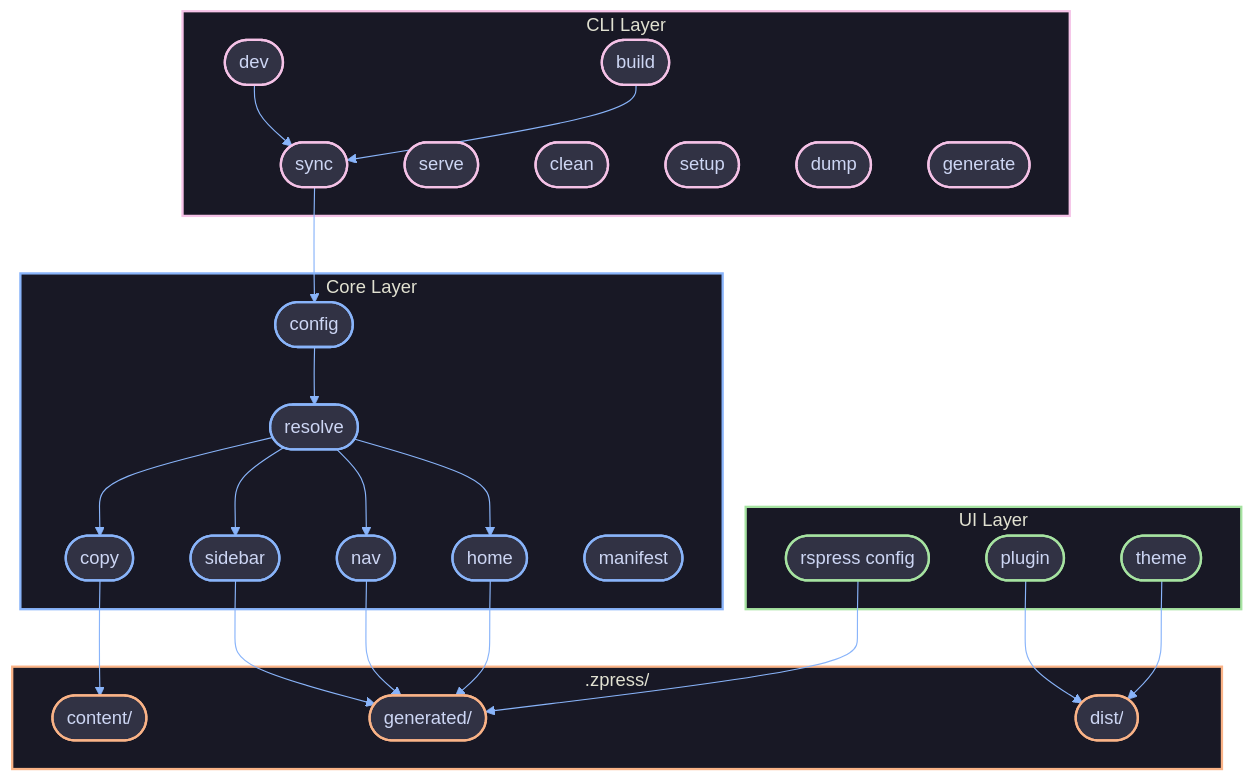
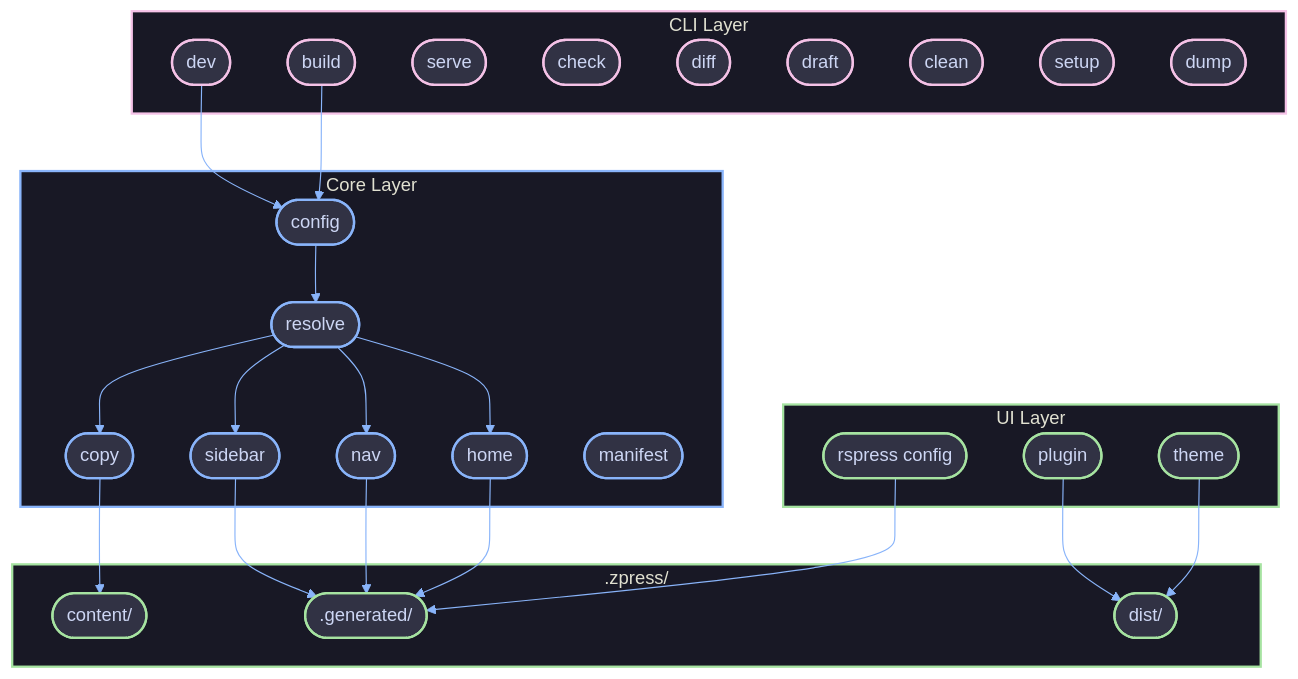
Before and after one commit to joggrdocs/zpress: the first of 2 diagrams in contributing/concepts/architecture.md, drawn with Mermaid. The commit also changed other lines of this file and 50 other files, not shown here.

````diff
--- a/contributing/concepts/architecture.md
+++ b/contributing/concepts/architecture.md
@@ -41,72 +47,72 @@
 ```mermaid
 %%{init: {
   'theme': 'base',
   'themeVariables': {
     'primaryColor': '#313244',
     'primaryTextColor': '#cdd6f4',
     'primaryBorderColor': '#6c7086',
     'lineColor': '#89b4fa',
     'secondaryColor': '#45475a',
     'tertiaryColor': '#1e1e2e',
     'background': '#1e1e2e',
     'mainBkg': '#313244',
     'clusterBkg': '#1e1e2e',
     'clusterBorder': '#45475a'
   },
   'flowchart': { 'curve': 'basis', 'padding': 15 }
 }}%%
 flowchart TB
     subgraph cli ["CLI Layer"]
-        SYNC(["sync"])
         DEV(["dev"])
         BUILD(["build"])
         SERVE(["serve"])
+        CHECK(["check"])
+        DIFF(["diff"])
+        DRAFT(["draft"])
         CLEAN(["clean"])
         SETUP(["setup"])
         DUMP(["dump"])
-        GENERATE(["generate"])
     end
 
     subgraph core ["Core Layer"]
         CONFIG(["config"])
         RESOLVE(["resolve"])
         COPY(["copy"])
         SIDEBAR(["sidebar"])
         NAV(["nav"])
         HOME(["home"])
         MANIFEST(["manifest"])
     end
 
     subgraph ui ["UI Layer"]
         PLUGIN(["plugin"])
         THEME(["theme"])
         RSPRESS_CFG(["rspress config"])
     end
 
     subgraph output [".zpress/"]
         CONTENT(["content/"])
-        GENERATED(["generated/"])
+        GENERATED([".generated/"])
         DIST(["dist/"])
     end
 
-    DEV & BUILD --> SYNC
-    SYNC --> CONFIG --> RESOLVE --> COPY --> CONTENT
+    DEV & BUILD --> CONFIG
+    CONFIG --> RESOLVE --> COPY --> CONTENT
     RESOLVE --> SIDEBAR & NAV & HOME --> GENERATED
     RSPRESS_CFG --> GENERATED
     PLUGIN & THEME --> DIST
 
     classDef core fill:#313244,stroke:#89b4fa,stroke-width:2px,color:#cdd6f4
-    classDef gateway fill:#313244,stroke:#fab387,stroke-width:2px,color:#cdd6f4
     classDef agent fill:#313244,stroke:#a6e3a1,stroke-width:2px,color:#cdd6f4
     classDef external fill:#313244,stroke:#f5c2e7,stroke-width:2px,color:#cdd6f4
 
-    class SYNC,DEV,BUILD,SERVE,CLEAN,SETUP,DUMP,GENERATE external
+    class DEV,BUILD,SERVE,CHECK,DIFF,DRAFT,CLEAN,SETUP,DUMP external
     class CONFIG,RESOLVE,COPY,SIDEBAR,NAV,HOME,MANIFEST core
     class PLUGIN,THEME,RSPRESS_CFG agent
-    class CONTENT,GENERATED,DIST gateway
+    class CONTENT,GENERATED,DIST agent
 
     style cli fill:#181825,stroke:#f5c2e7,stroke-width:2px
     style core fill:#181825,stroke:#89b4fa,stroke-width:2px
     style ui fill:#181825,stroke:#a6e3a1,stroke-width:2px
-    style output fill:#181825,stroke:#fab387,stroke-width:2px
+    style output fill:#181825,stroke:#a6e3a1,stroke-width:2px
 ```
````
